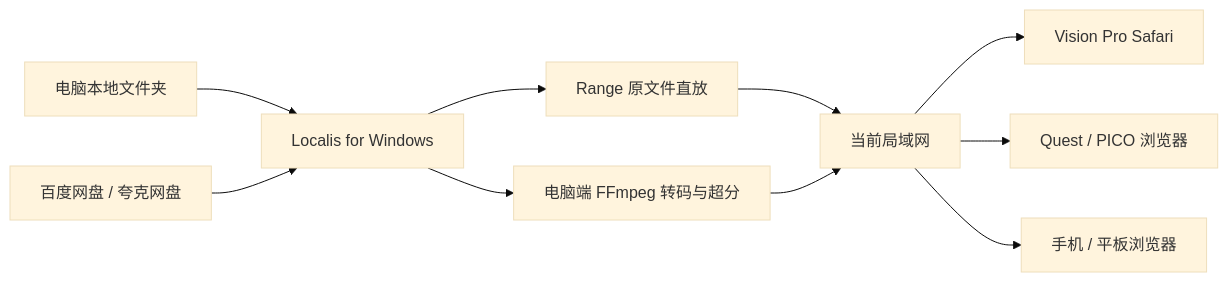
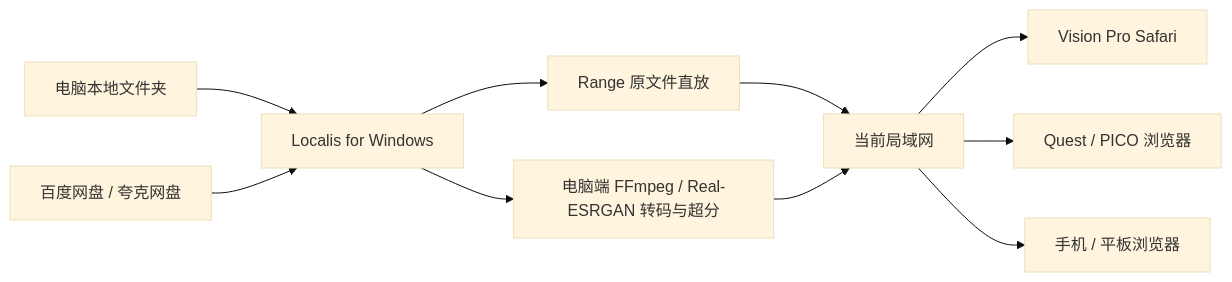
The diagram in README.md (hanxiaoyu-cmd/localis-xr-media-server), drawn with Mermaid (base theme) before and after one commit. The commit also changed other lines of this file and 22 other files, not shown here.

````diff
--- a/README.md
+++ b/README.md
@@ -28,12 +28,12 @@
 ```mermaid
 flowchart LR
   A[电脑本地文件夹] --> C[Localis for Windows]
   B[百度网盘 / 夸克网盘] --> C
   C --> D[Range 原文件直放]
-  C --> E[电脑端 FFmpeg 转码与超分]
+  C --> E[电脑端 FFmpeg / Real-ESRGAN 转码与超分]
   D --> F[当前局域网]
   E --> F
   F --> G[Vision Pro Safari]
   F --> H[Quest / PICO 浏览器]
   F --> I[手机 / 平板浏览器]
 ```
````
